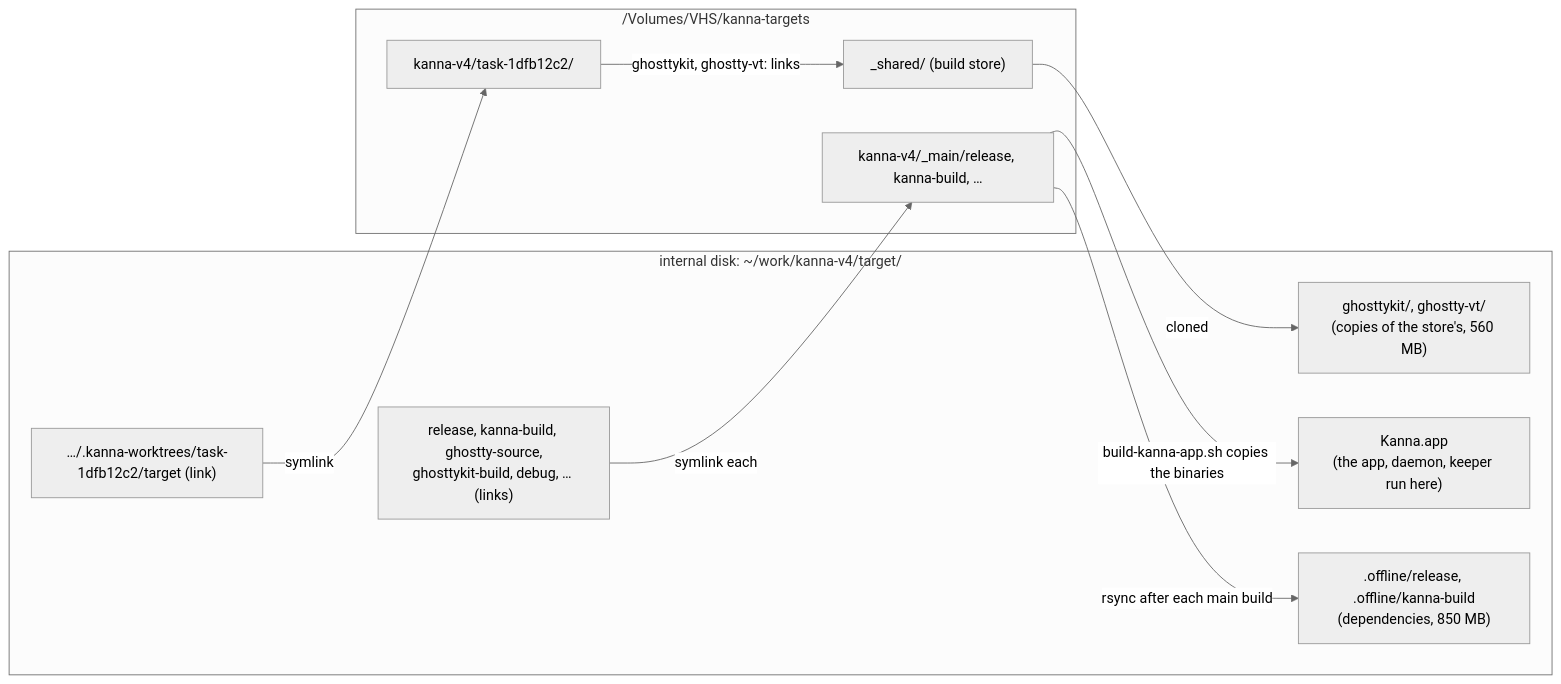
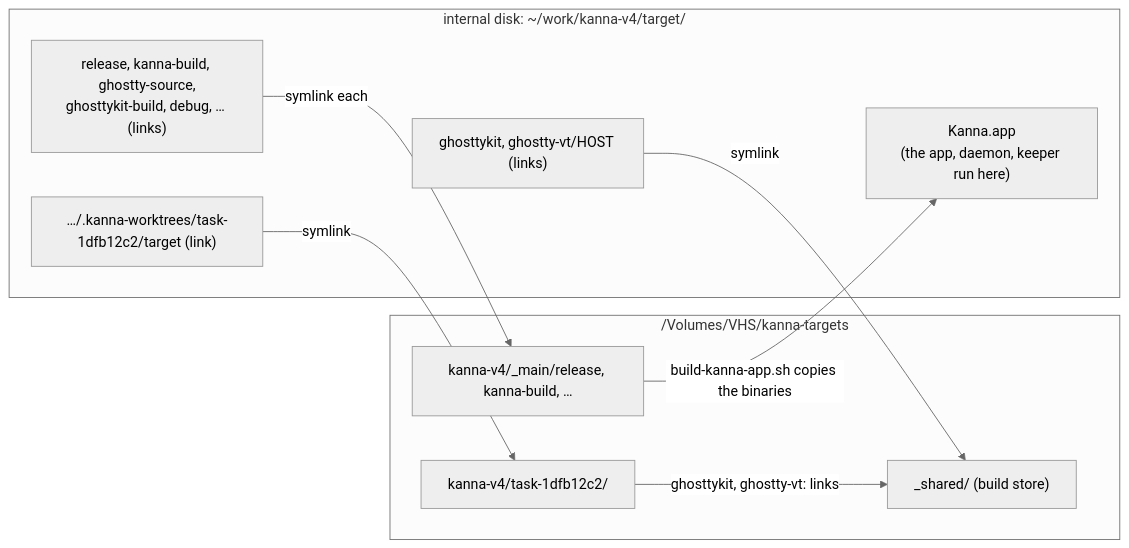
The first of 2 diagrams in docs/specs/build-targets.md (tampopogk/kanna), drawn with Mermaid (neutral theme) before and after one commit. The commit also changed other lines of this file and 7 other files, not shown here.

````diff
--- a/docs/specs/build-targets.md
+++ b/docs/specs/build-targets.md
@@ -26,21 +26,19 @@
 ```mermaid
 flowchart LR
     subgraph I["internal disk: ~/work/kanna-v4/target/"]
         A["Kanna.app<br/>(the app, daemon, keeper run here)"]
-        G["ghosttykit/, ghostty-vt/<br/>(copies of the store's, 560 MB)"]
-        O[".offline/release, .offline/kanna-build<br/>(dependencies, 850 MB)"]
+        G["ghosttykit, ghostty-vt/HOST (links)"]
         M["release, kanna-build, ghostty-source,<br/>ghosttykit-build, debug, … (links)"]
         W1["…/.kanna-worktrees/task-1dfb12c2/target (link)"]
     end
     subgraph V["/Volumes/VHS/kanna-targets"]
         MM["kanna-v4/_main/release, kanna-build, …"]
         T1["kanna-v4/task-1dfb12c2/"]
         S["_shared/ (build store)"]
     end
     M -->|symlink each| MM
     W1 -->|symlink| T1
     MM -->|"build-kanna-app.sh copies the binaries"| A
-    MM -->|"rsync after each main build"| O
-    S -->|"cloned"| G
+    G -->|symlink| S
     T1 -->|"ghosttykit, ghostty-vt: links"| S
 ```
````
